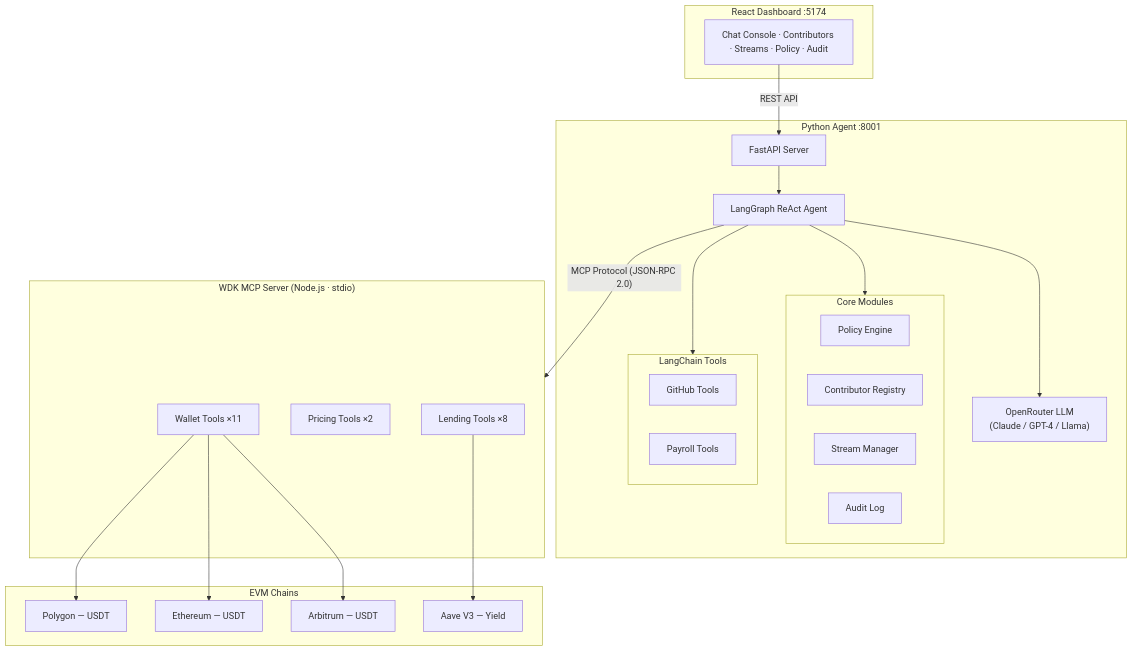
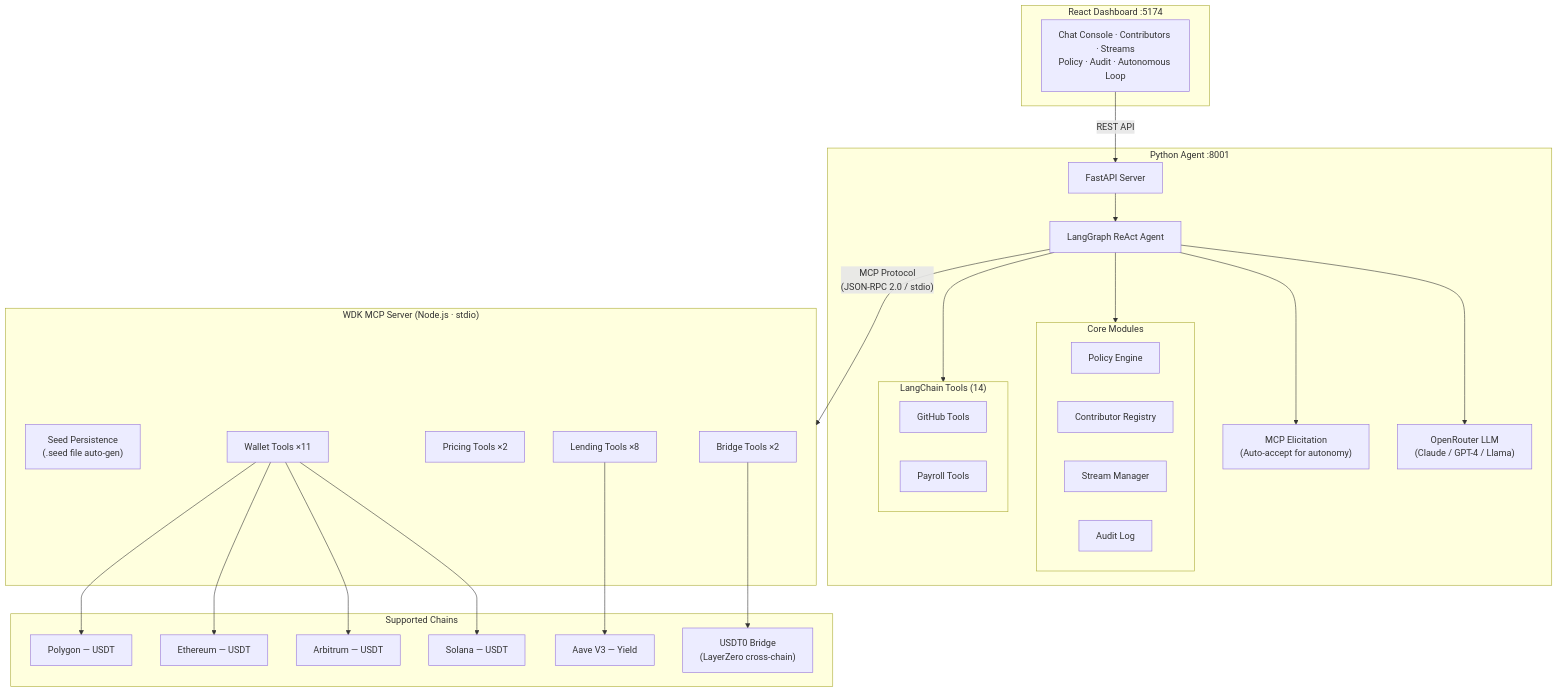
One commit to N-45div/PayStream changed the second of 6 diagrams in README.md. Above: the diagram before and after it, drawn with Mermaid. The commit also changed other lines of this file and 3 other files, not shown here.

First line of the commit message:
feat: add USDT0 cross-chain bridge + updated README with mermaid diagrams

````diff
--- a/README.md
+++ b/README.md
@@ -38,44 +40,51 @@
 ```mermaid
 graph TB
     subgraph Dashboard["React Dashboard :5174"]
-        UI["Chat Console · Contributors · Streams · Policy · Audit"]
+        UI["Chat Console · Contributors · Streams\nPolicy · Audit · Autonomous Loop"]
     end
 
     subgraph Agent["Python Agent :8001"]
         FA["FastAPI Server"]
         LG["LangGraph ReAct Agent"]
+        EL["MCP Elicitation\n(Auto-accept for autonomy)"]
         LLM["OpenRouter LLM\n(Claude / GPT-4 / Llama)"]
         subgraph Core["Core Modules"]
             PE["Policy Engine"]
             CR["Contributor Registry"]
             SM["Stream Manager"]
             AL["Audit Log"]
         end
-        subgraph Tools["LangChain Tools"]
+        subgraph Tools["LangChain Tools (14)"]
             GH["GitHub Tools"]
             PT["Payroll Tools"]
         end
     end
 
     subgraph WDK["WDK MCP Server (Node.js · stdio)"]
+        SEED["Seed Persistence\n(.seed file auto-gen)"]
         WT["Wallet Tools ×11"]
         PRT["Pricing Tools ×2"]
         LT["Lending Tools ×8"]
+        BT["Bridge Tools ×2"]
     end
 
-    subgraph Chains["EVM Chains"]
+    subgraph Chains["Supported Chains"]
         POL["Polygon — USDT"]
         ETH["Ethereum — USDT"]
         ARB["Arbitrum — USDT"]
+        SOL["Solana — USDT"]
         AAVE["Aave V3 — Yield"]
+        BR["USDT0 Bridge\n(LayerZero cross-chain)"]
     end
 
     UI -->|"REST API"| FA
     FA --> LG
     LG --> LLM
+    LG --> EL
     LG --> Core
     LG --> Tools
-    LG -->|"MCP Protocol (JSON-RPC 2.0)"| WDK
-    WT --> POL & ETH & ARB
+    LG -->|"MCP Protocol\n(JSON-RPC 2.0 / stdio)"| WDK
+    WT --> POL & ETH & ARB & SOL
     LT --> AAVE
+    BT --> BR
 ```
````
